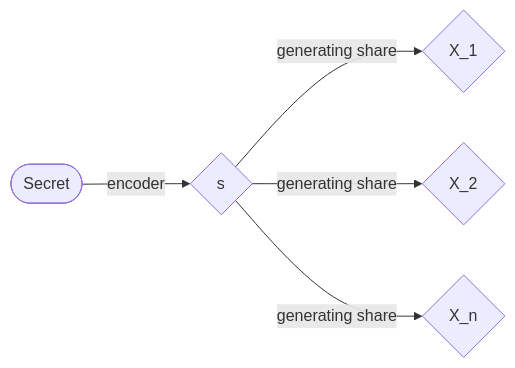
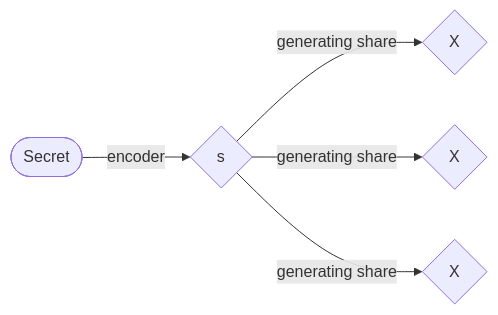
The diagram in README.md (h28a3/Secret-Sharing), drawn with Mermaid before and after one commit.

````diff
--- a/README.md
+++ b/README.md
@@ -13,7 +13,7 @@
 ```mermaid
 graph LR
   Start([Secret])-->|encoder|A{s}
-  A-->|generating share|B{X_1}
-  A-->|generating share|C{X_2}
-  A-->|generating share|D{X_n}
+  A-->|generating share|B{X}
+  A-->|generating share|C{X}
+  A-->|generating share|D{X}
 ```
````
